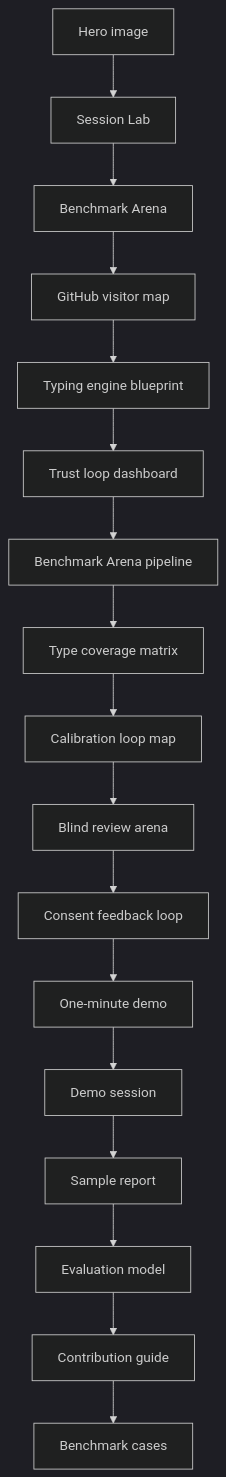
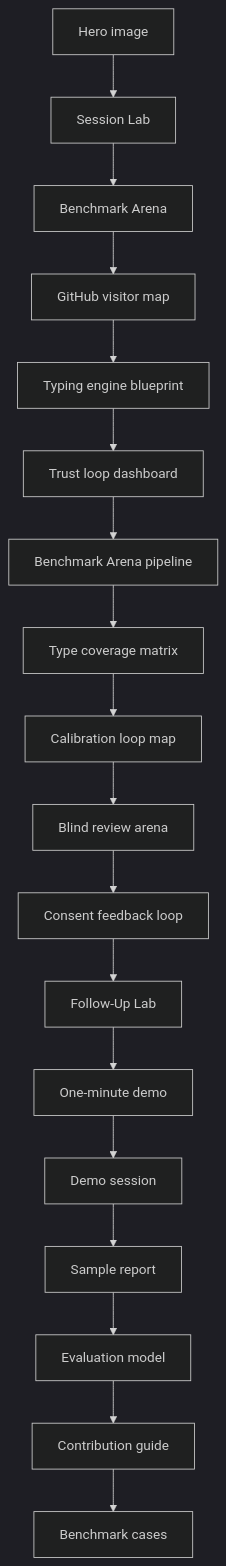
Before and after one commit to Zaoqu-Liu/mbti-typing-skill: the diagram in docs/visual-tour.md, drawn with Mermaid (dark theme). The commit also changed other lines of this file and 17 other files, not shown here.

Commit message:
Add follow-up lab packet builder

````diff
--- a/docs/visual-tour.md
+++ b/docs/visual-tour.md
@@ -174,19 +195,20 @@
 ```mermaid
 flowchart TD
     A[Hero image] --> B[Session Lab]
     B --> C[Benchmark Arena]
     C --> D[GitHub visitor map]
     D --> E[Typing engine blueprint]
     E --> F[Trust loop dashboard]
     F --> G[Benchmark Arena pipeline]
     G --> H[Type coverage matrix]
     H --> I[Calibration loop map]
     I --> J[Blind review arena]
     J --> K[Consent feedback loop]
-    K --> L[One-minute demo]
-    L --> M[Demo session]
-    M --> N[Sample report]
-    N --> O[Evaluation model]
-    O --> P[Contribution guide]
-    P --> Q[Benchmark cases]
+    K --> L[Follow-Up Lab]
+    L --> M[One-minute demo]
+    M --> N[Demo session]
+    N --> O[Sample report]
+    O --> P[Evaluation model]
+    P --> Q[Contribution guide]
+    Q --> R[Benchmark cases]
 ```
````
